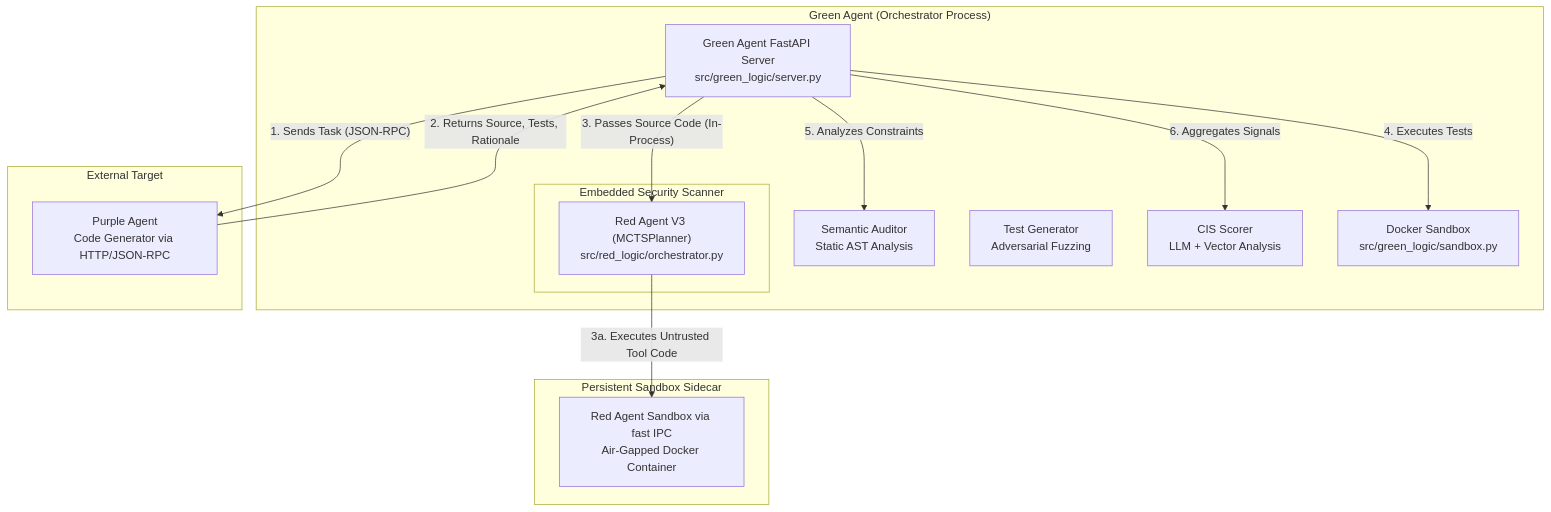
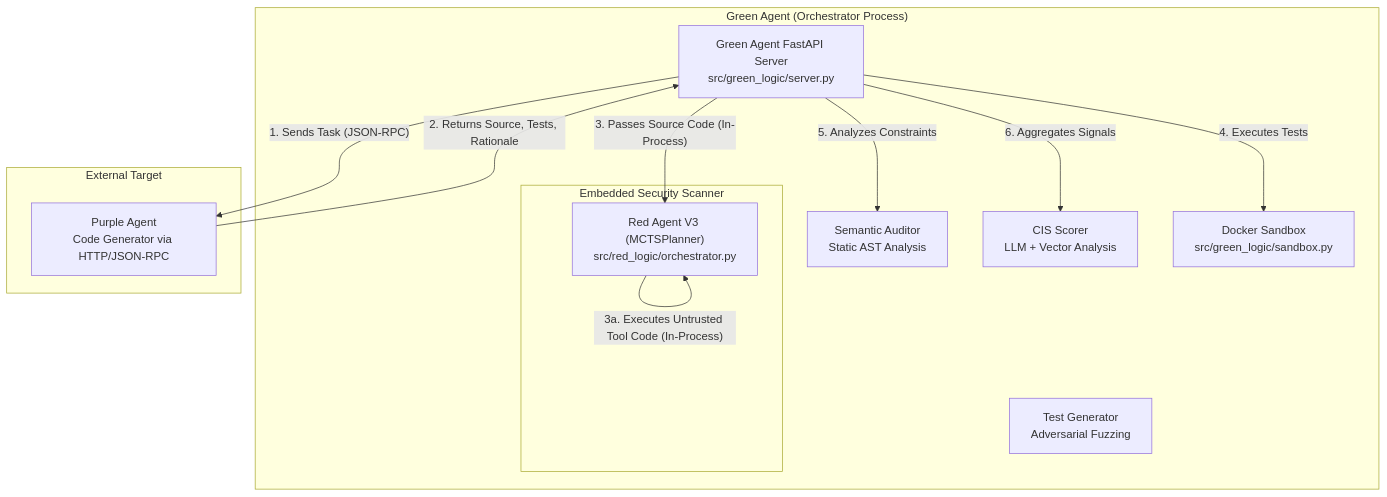
The first of 2 diagrams in docs/06-Phase-2/[2026-02-28] Architecture-Overview.md (joshhickson/LogoMesh), drawn with Mermaid before and after one commit. The commit also changed other lines of this file and 4 other files, not shown here.

Commit message:
docs(lambda-track): update architecture and proposal to reflect phase 0 tech debt

````diff
--- a/docs/06-Phase-2/[2026-02-28] Architecture-Overview.md
+++ b/docs/06-Phase-2/[2026-02-28] Architecture-Overview.md
@@ -13,31 +13,27 @@
 ```mermaid
 flowchart TD
     subgraph "Green Agent (Orchestrator Process)"
         GA["Green Agent FastAPI Server<br>src/green_logic/server.py"]
         
         subgraph "Embedded Security Scanner"
             RA["Red Agent V3 (MCTSPlanner)<br>src/red_logic/orchestrator.py"]
         end
         
         SA["Semantic Auditor<br>Static AST Analysis"]
         TG["Test Generator<br>Adversarial Fuzzing"]
         CIS["CIS Scorer<br>LLM + Vector Analysis"]
         SB["Docker Sandbox<br>src/green_logic/sandbox.py"]
     end
 
-    subgraph "Persistent Sandbox Sidecar"
-        RSB["Red Agent Sandbox via fast IPC<br>Air-Gapped Docker Container"]
-    end
-
     subgraph "External Target"
         PA["Purple Agent<br>Code Generator via HTTP/JSON-RPC"]
     end
 
     GA -- "1. Sends Task (JSON-RPC)" --> PA
     PA -- "2. Returns Source, Tests, Rationale" --> GA
     GA -- "3. Passes Source Code (In-Process)" --> RA
-    RA -- "3a. Executes Untrusted Tool Code" --> RSB
+    RA -- "3a. Executes Untrusted Tool Code (In-Process)" --> RA
     GA -- "4. Executes Tests" --> SB
     GA -- "5. Analyzes Constraints" --> SA
     GA -- "6. Aggregates Signals" --> CIS
 ```
````
